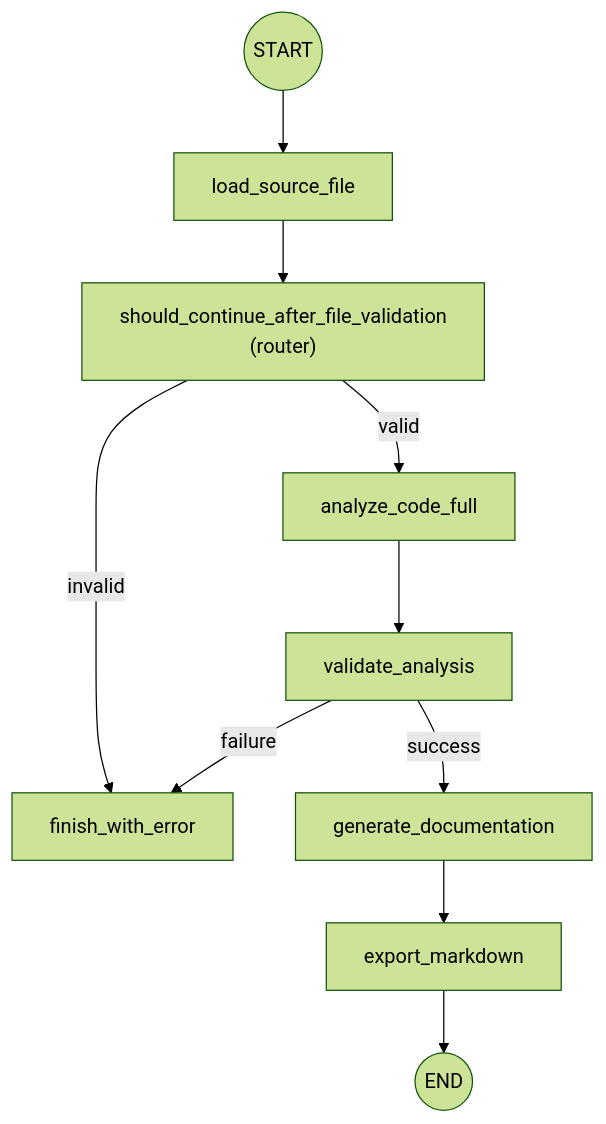
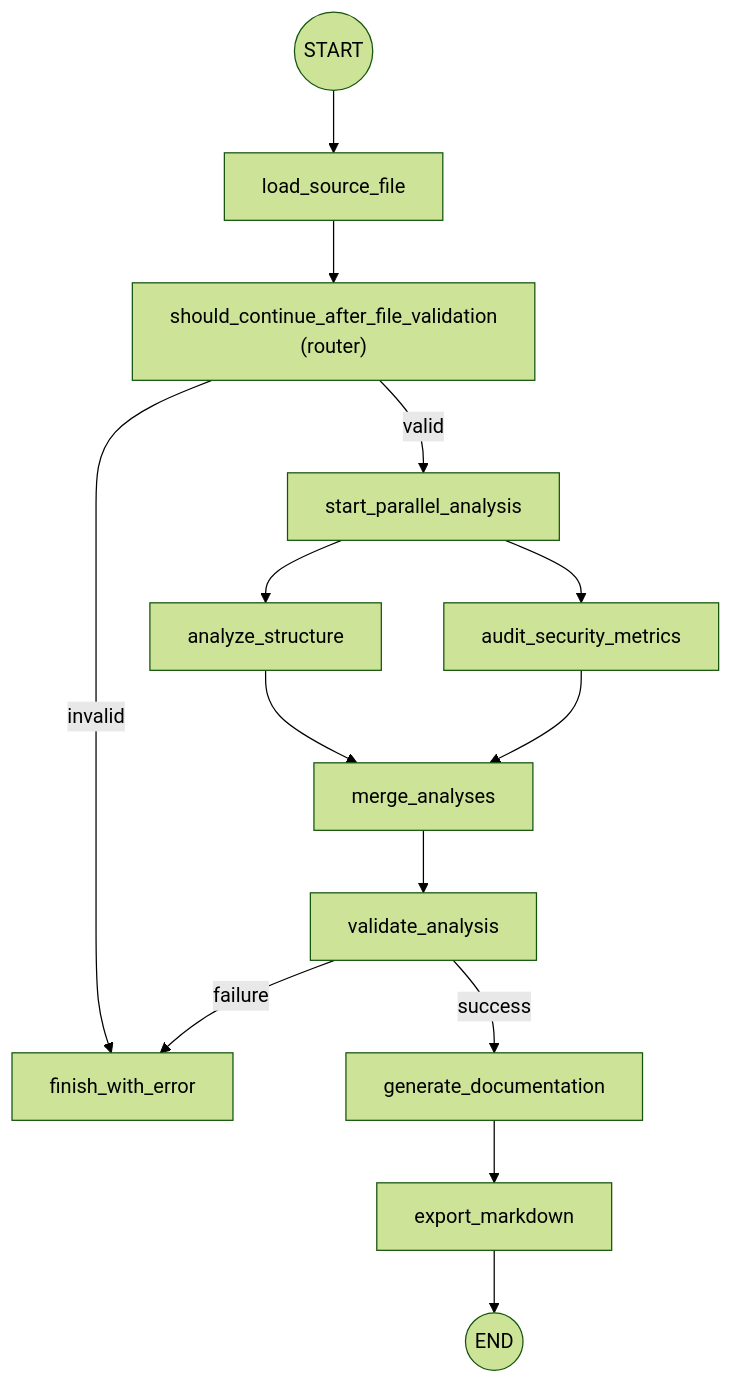
The diagram in docs/flow.md (nitaybeduschi/langgraph-csharp-doc-agent), drawn with Mermaid (forest theme) before and after one commit. The commit also changed other lines of this file and 7 other files, not shown here.

Commit message:
feat: add pydantic schemas and parallel analysis graph

````diff
--- a/docs/flow.md
+++ b/docs/flow.md
@@ -7,12 +7,16 @@
 ```mermaid
 flowchart TD
     Start((START)) --> load["load_source_file"]
     load --> router["should_continue_after_file_validation\n(router)"]
-    router -- valid --> analyze["analyze_code_full"]
     router -- invalid --> finish["finish_with_error"]
-    analyze --> validate_analysis["validate_analysis"]
+    router -- valid --> fanout["start_parallel_analysis"]
+    fanout --> structure["analyze_structure"]
+    fanout --> security["audit_security_metrics"]
+    structure --> merge["merge_analyses"]
+    security --> merge
+    merge --> validate_analysis["validate_analysis"]
     validate_analysis -- success --> gen["generate_documentation"]
     validate_analysis -- failure --> finish
     gen --> export["export_markdown"]
     export --> End((END))
 ```
````
